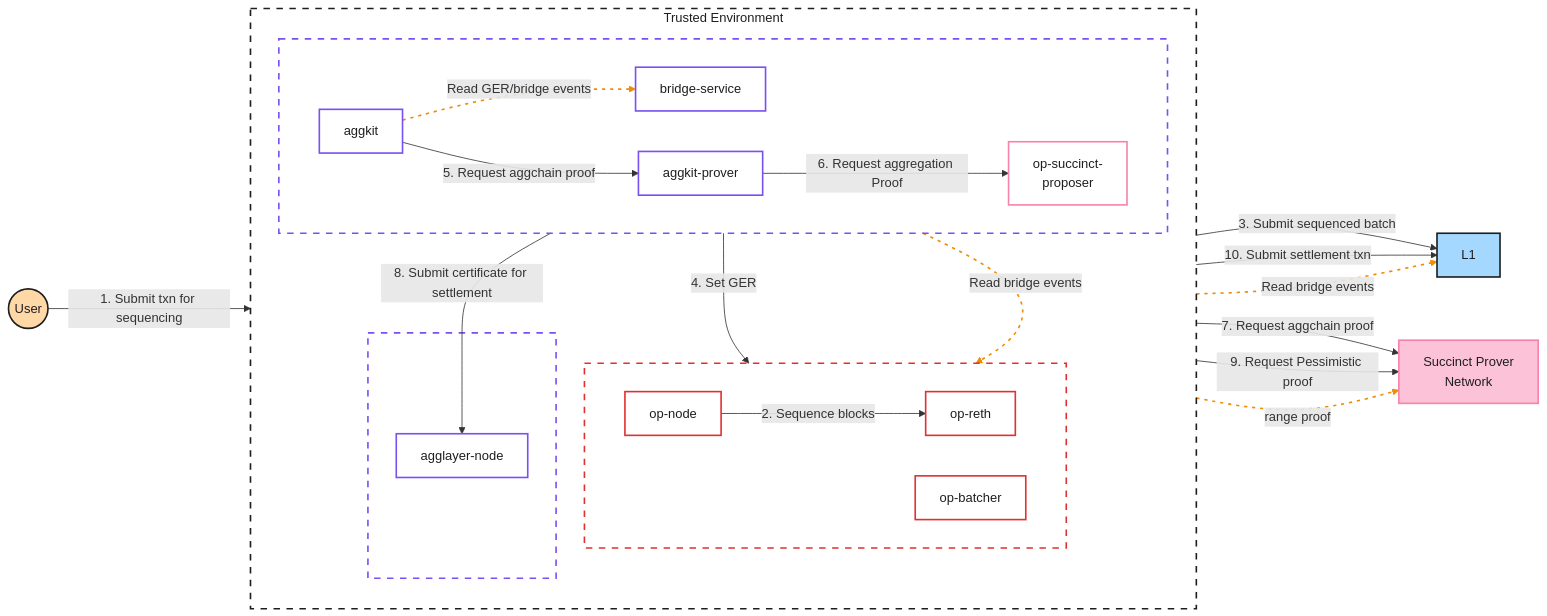
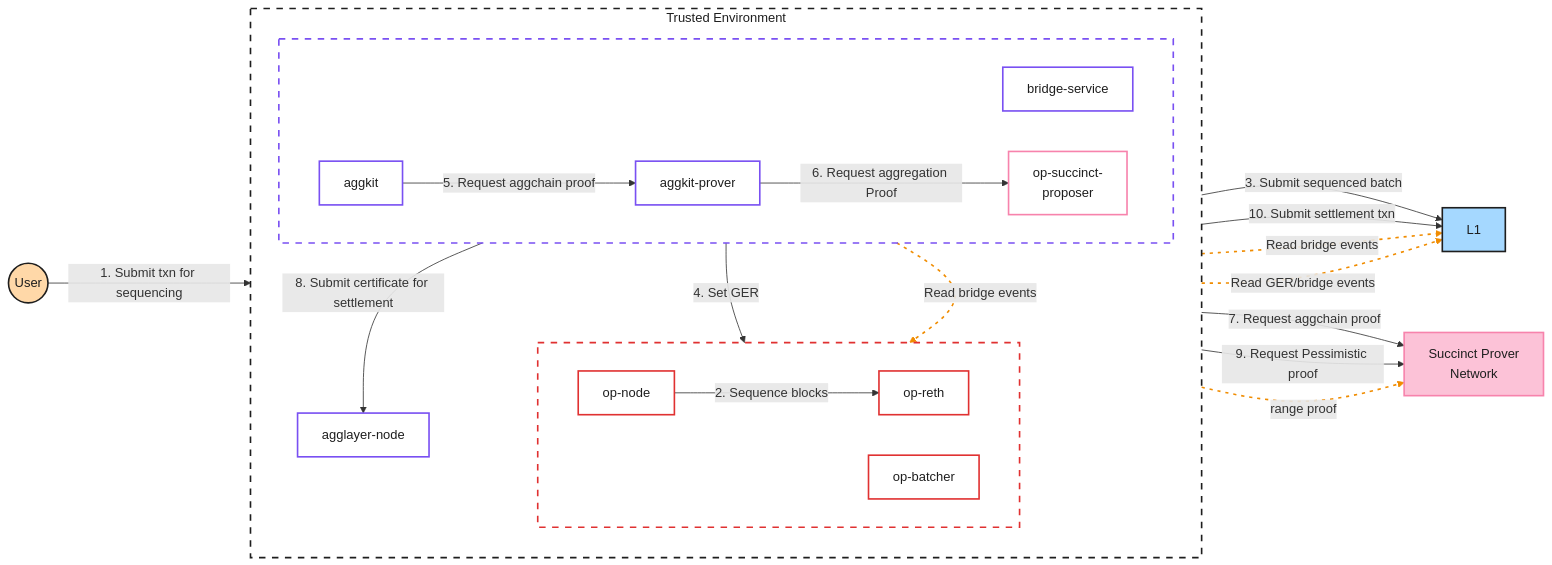
The second of 2 diagrams in README.md (0xPolygon/cdk-op-reth), drawn with Mermaid before and after one commit. The commit also changed other lines of this file and 2 other files, not shown here.

First line of the commit message:
docs: apply diagram fixes to README architecture flowcharts

````diff
--- a/README.md
+++ b/README.md
@@ -100,75 +98,72 @@
 ```mermaid
 flowchart LR
     %% External actors
     User((User))
     L1[L1]
     SPN[Succinct Prover<br/>Network]
 
     %% Trusted Environment boundary
     subgraph TE["Trusted Environment"]
         direction TB
 
         subgraph OPSTACK[" "]
             direction LR
             opnode[op-node]
             opreth[op-reth]
             opbatcher[op-batcher]
         end
 
         subgraph AGGSTACK[" "]
             direction LR
             bridgeservice[bridge-service]
             aggkit[aggkit]
             aggkitprover[aggkit-prover]
             opsuccinct[op-succinct-<br/>proposer]
         end
 
-        subgraph AGGNODE[" "]
-            agglayernode[agglayer-node]
-        end
+        agglayernode[agglayer-node]
     end
 
     %% ===== Main flow (solid, numbered) =====
     User -->|"1. Submit txn for sequencing"| opreth
     opnode -->|"2. Sequence blocks"| opreth
     opbatcher -->|"3. Submit sequenced batch"| L1
     aggkit -->|"4. Set GER"| opreth
     aggkit -->|"5. Request aggchain proof"| aggkitprover
     aggkitprover -->|"6. Request aggregation Proof"| opsuccinct
     opsuccinct -->|"7. Request aggchain proof"| SPN
     aggkit -->|"8. Submit certificate for settlement"| agglayernode
     agglayernode -->|"9. Request Pessimistic proof"| SPN
     agglayernode -->|"10. Submit settlement txn"| L1
 
     %% ===== Periodical operations (dashed orange) =====
     bridgeservice -.->|"Read bridge events"| L1
     bridgeservice -.->|"Read bridge events"| opreth
-    aggkit -.->|"Read GER/bridge events"| bridgeservice
+    aggkit -.->|"Read GER/bridge events"| L1
     opsuccinct -.->|"range proof"| SPN
 
     %% ===== Styling =====
     classDef opComp stroke:#e03131,stroke-width:2px,fill:#fff,color:#1e1e1e
     classDef aggComp stroke:#7950f2,stroke-width:2px,fill:#fff,color:#1e1e1e
     classDef succinctComp stroke:#f783ac,stroke-width:2px,fill:#fff,color:#1e1e1e
     classDef l1Box stroke:#1e1e1e,stroke-width:2px,fill:#a5d8ff,color:#1e1e1e
     classDef userCircle stroke:#1e1e1e,stroke-width:2px,fill:#ffd8a8,color:#1e1e1e
     classDef spnBox stroke:#f783ac,stroke-width:2px,fill:#fcc2d7,color:#1e1e1e
 
     class opnode,opreth,opbatcher opComp
     class aggkit,aggkitprover,bridgeservice,agglayernode aggComp
     class opsuccinct succinctComp
     class L1 l1Box
     class User userCircle
     class SPN spnBox
 
     style TE stroke:#1e1e1e,stroke-width:2px,stroke-dasharray: 8 8,fill:transparent,color:#1e1e1e
     style OPSTACK stroke:#e03131,stroke-width:2px,stroke-dasharray: 8 8,fill:transparent
     style AGGSTACK stroke:#7950f2,stroke-width:2px,stroke-dasharray: 8 8,fill:transparent
-    style AGGNODE stroke:#7950f2,stroke-width:2px,stroke-dasharray: 8 8,fill:transparent
 
-    %% Periodical links rendered in orange dashed (indices 10-13, in order added)
+    %% Periodical links rendered in orange dashed (indices 10-13)
     linkStyle 10 stroke:#f08c00,stroke-width:2px,stroke-dasharray: 4 6
     linkStyle 11 stroke:#f08c00,stroke-width:2px,stroke-dasharray: 4 6
     linkStyle 12 stroke:#f08c00,stroke-width:2px,stroke-dasharray: 4 6
     linkStyle 13 stroke:#f08c00,stroke-width:2px,stroke-dasharray: 4 6
 ```
````
